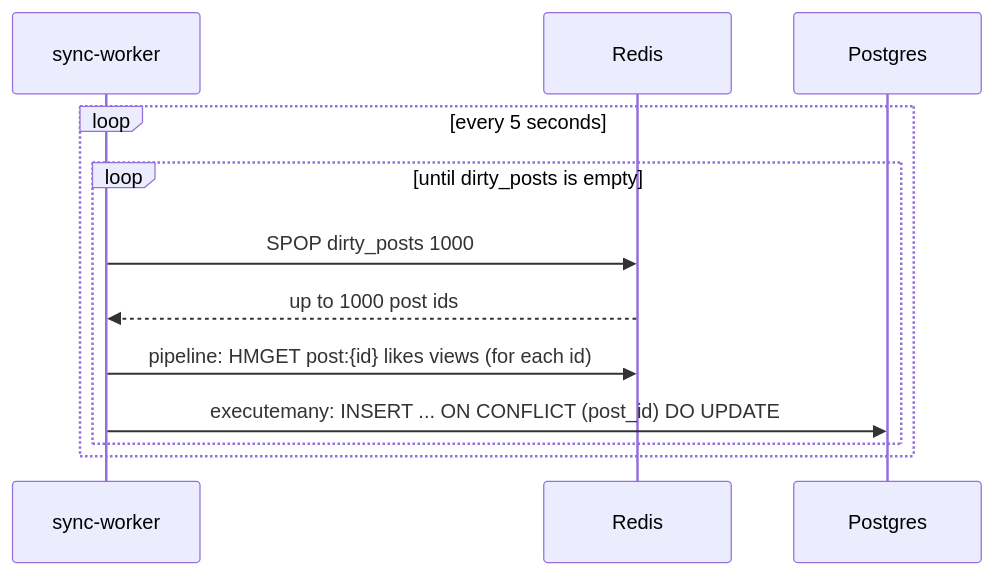
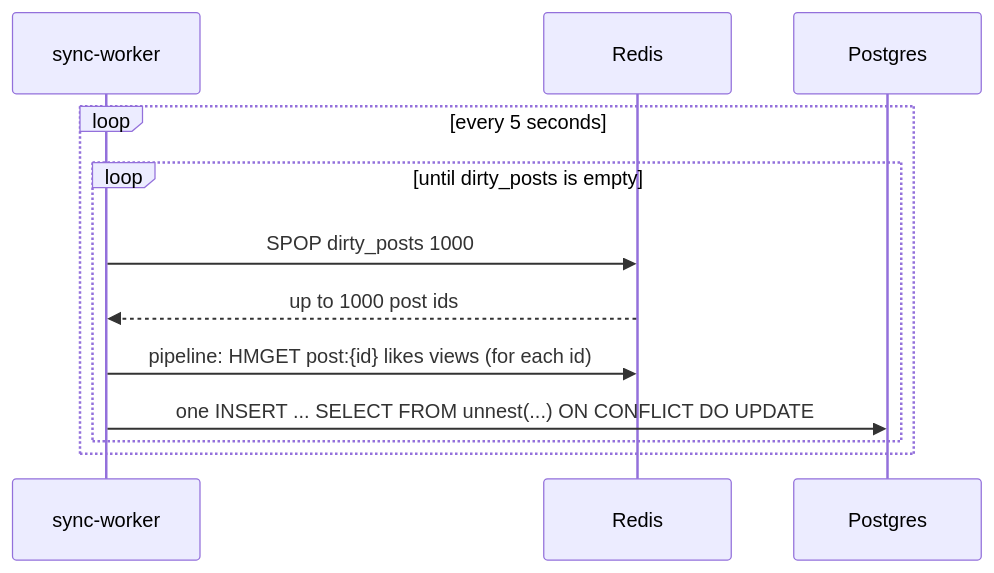
One commit to nursoulqxw/backend-highload-sis2 changed the seventh of 8 diagrams in README.md. Above: the diagram before and after it, drawn with Mermaid. The commit also changed other lines of this file and 83 other files, not shown here.

````diff
--- a/README.md
+++ b/README.md
@@ -363,14 +422,14 @@
 ```mermaid
 sequenceDiagram
     participant W as sync-worker
     participant R as Redis
     participant PG as Postgres
     loop every 5 seconds
         loop until dirty_posts is empty
             W->>R: SPOP dirty_posts 1000
             R-->>W: up to 1000 post ids
             W->>R: pipeline: HMGET post:{id} likes views (for each id)
-            W->>PG: executemany: INSERT ... ON CONFLICT (post_id) DO UPDATE
+            W->>PG: one INSERT ... SELECT FROM unnest(...) ON CONFLICT DO UPDATE
         end
     end
 ```
````
